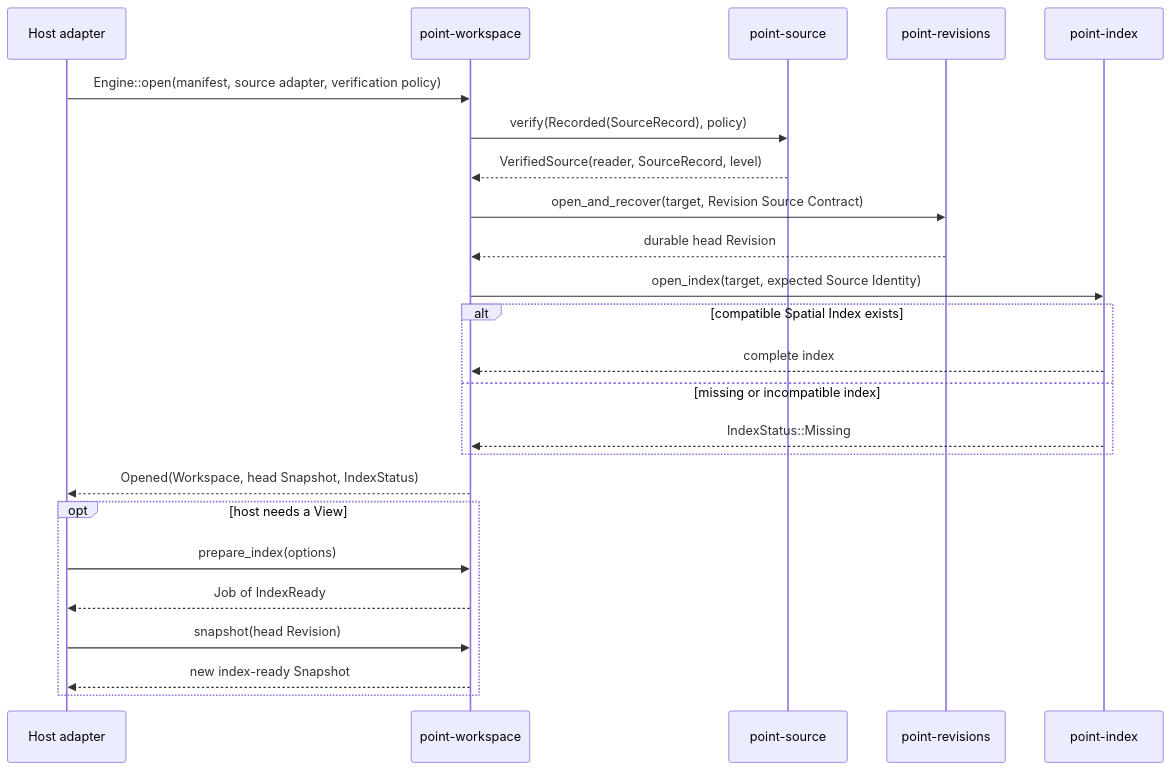
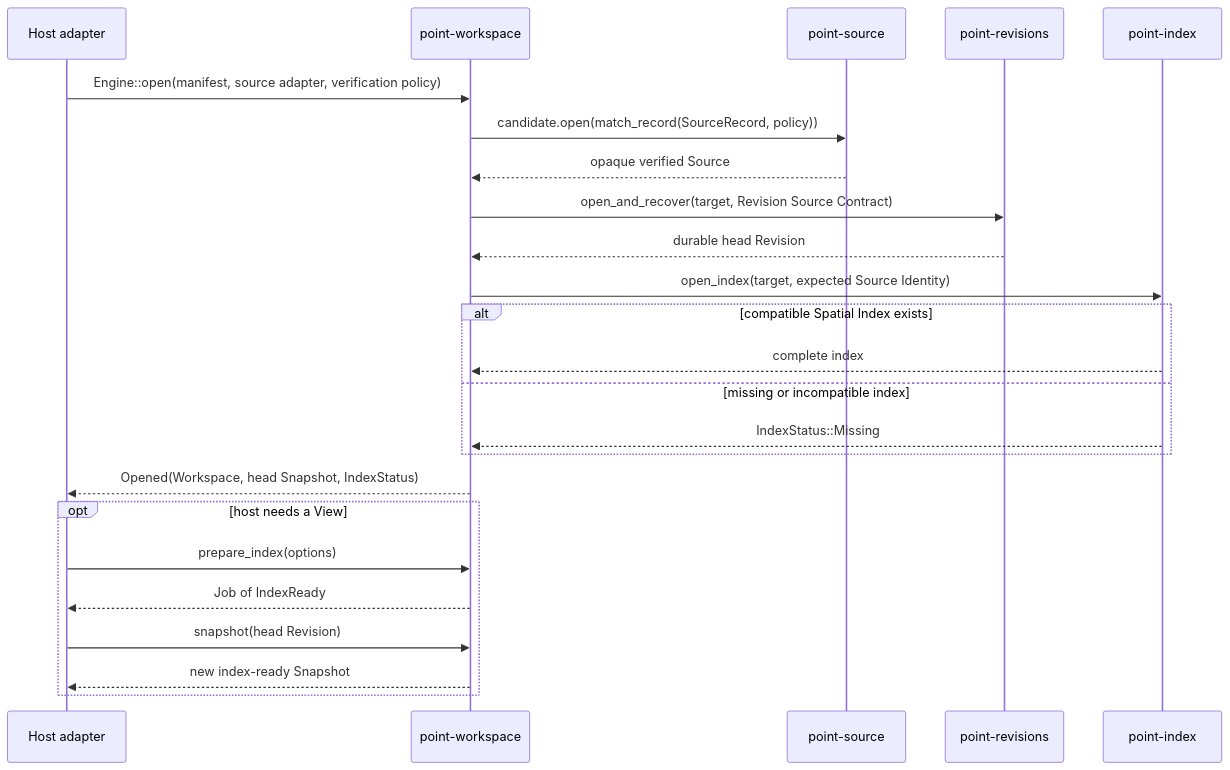
The first of 8 diagrams in docs/architecture/workflows.md (xxibcill/punctra), drawn with Mermaid before and after one commit. The commit also changed other lines of this file and 38 other files, not shown here.

```diff
--- a/docs/architecture/workflows.md
+++ b/docs/architecture/workflows.md
@@ -12,29 +12,29 @@
 ~~~mermaid
 sequenceDiagram
     participant APP as Host adapter
     participant WS as point-workspace
     participant SRC as point-source
     participant REV as point-revisions
     participant IDX as point-index
 
     APP->>WS: Engine::open(manifest, source adapter, verification policy)
-    WS->>SRC: verify(Recorded(SourceRecord), policy)
-    SRC-->>WS: VerifiedSource(reader, SourceRecord, level)
+    WS->>SRC: candidate.open(match_record(SourceRecord, policy))
+    SRC-->>WS: opaque verified Source
     WS->>REV: open_and_recover(target, Revision Source Contract)
     REV-->>WS: durable head Revision
     WS->>IDX: open_index(target, expected Source Identity)
 
     alt compatible Spatial Index exists
         IDX-->>WS: complete index
     else missing or incompatible index
         IDX-->>WS: IndexStatus::Missing
     end
 
     WS-->>APP: Opened(Workspace, head Snapshot, IndexStatus)
     opt host needs a View
         APP->>WS: prepare_index(options)
         WS-->>APP: Job of IndexReady
         APP->>WS: snapshot(head Revision)
         WS-->>APP: new index-ready Snapshot
     end
 ~~~
```
